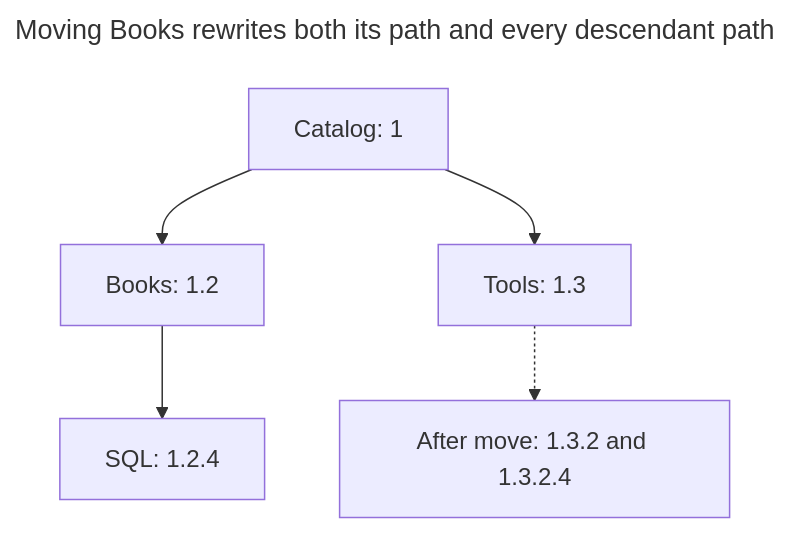
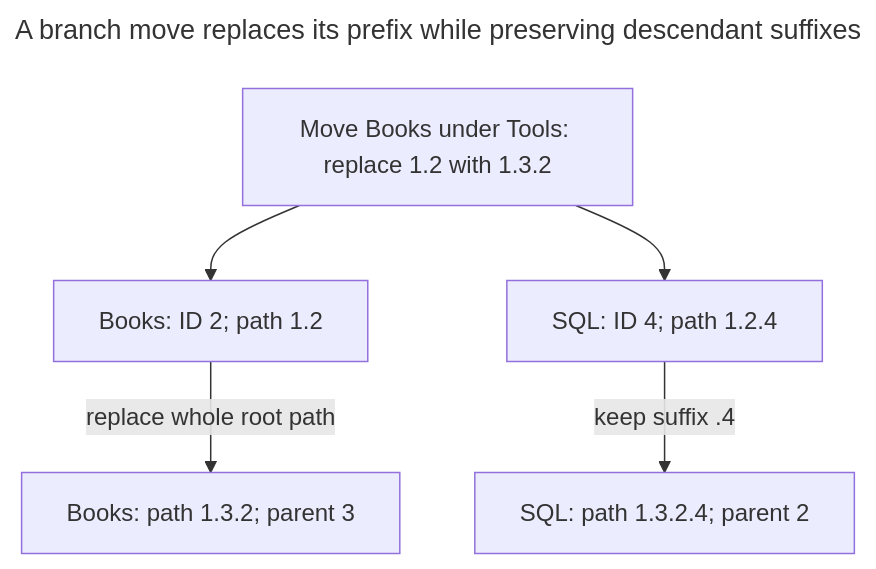
One commit to mokevnin/database-design-patterns changed the second of 4 diagrams in book/en/materialized-path.md. Above: the diagram before and after it, drawn with Mermaid. The commit also changed other lines of this file and 13 other files, not shown here.

First line of the commit message:
docs: add ER and other diagrams to the first fourteen chapters

````diff
--- a/book/en/materialized-path.md
+++ b/book/en/materialized-path.md
@@ -42,15 +60,15 @@
 ```mermaid
 ---
-title: Moving Books rewrites both its path and every descendant path
+title: A branch move replaces its prefix while preserving descendant suffixes
 ---
 flowchart TB
-  root["Catalog: 1"]:::muted
-  books["Books: 1.2"]:::accent
-  sql["SQL: 1.2.4"]:::accent
-  tools["Tools: 1.3"]:::muted
-  rewrite["After move: 1.3.2 and 1.3.2.4"]:::warn
-  root --> books
-  books --> sql
-  root --> tools
-  tools -.-> rewrite
+  prefix["Move Books under Tools: replace 1.2 with 1.3.2"]:::warn
+  books["Books: ID 2; path 1.2"]:::muted
+  sql["SQL: ID 4; path 1.2.4"]:::muted
+  movedBooks["Books: path 1.3.2; parent 3"]:::accent
+  movedSQL["SQL: path 1.3.2.4; parent 2"]:::accent
+  prefix --> books
+  prefix --> sql
+  books -->|replace whole root path| movedBooks
+  sql -->|keep suffix .4| movedSQL
 ```
````
